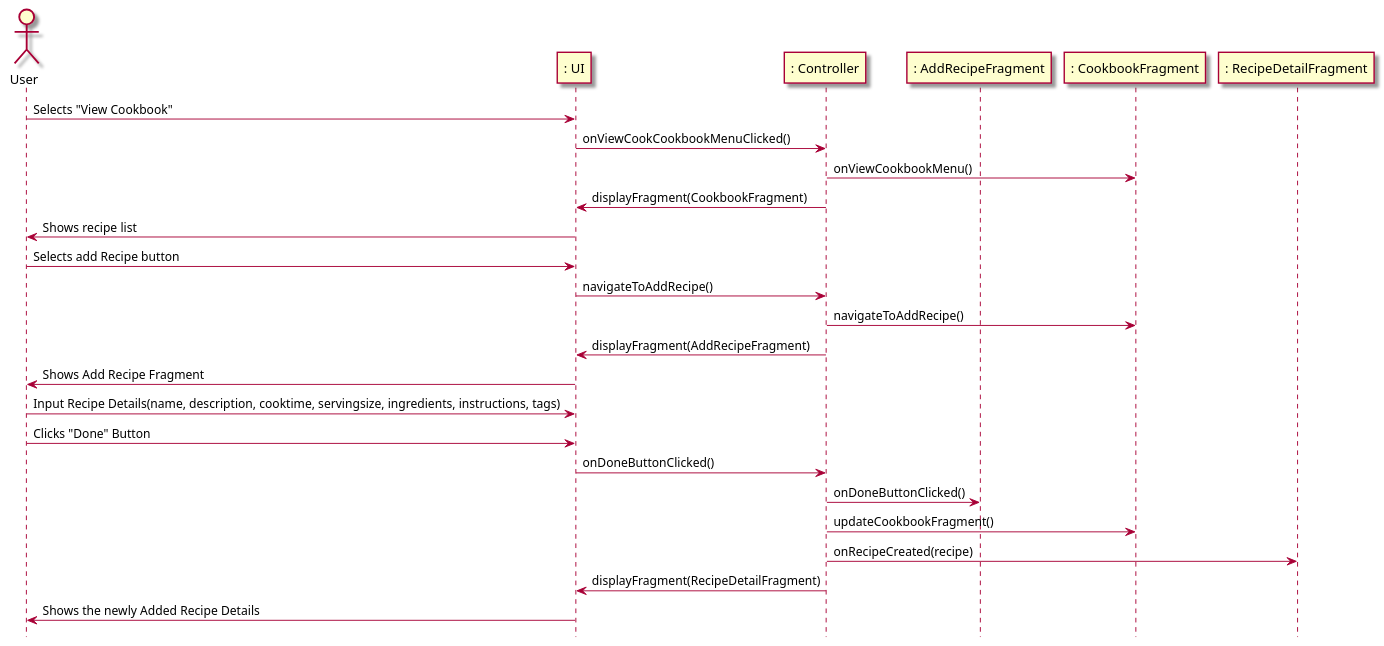
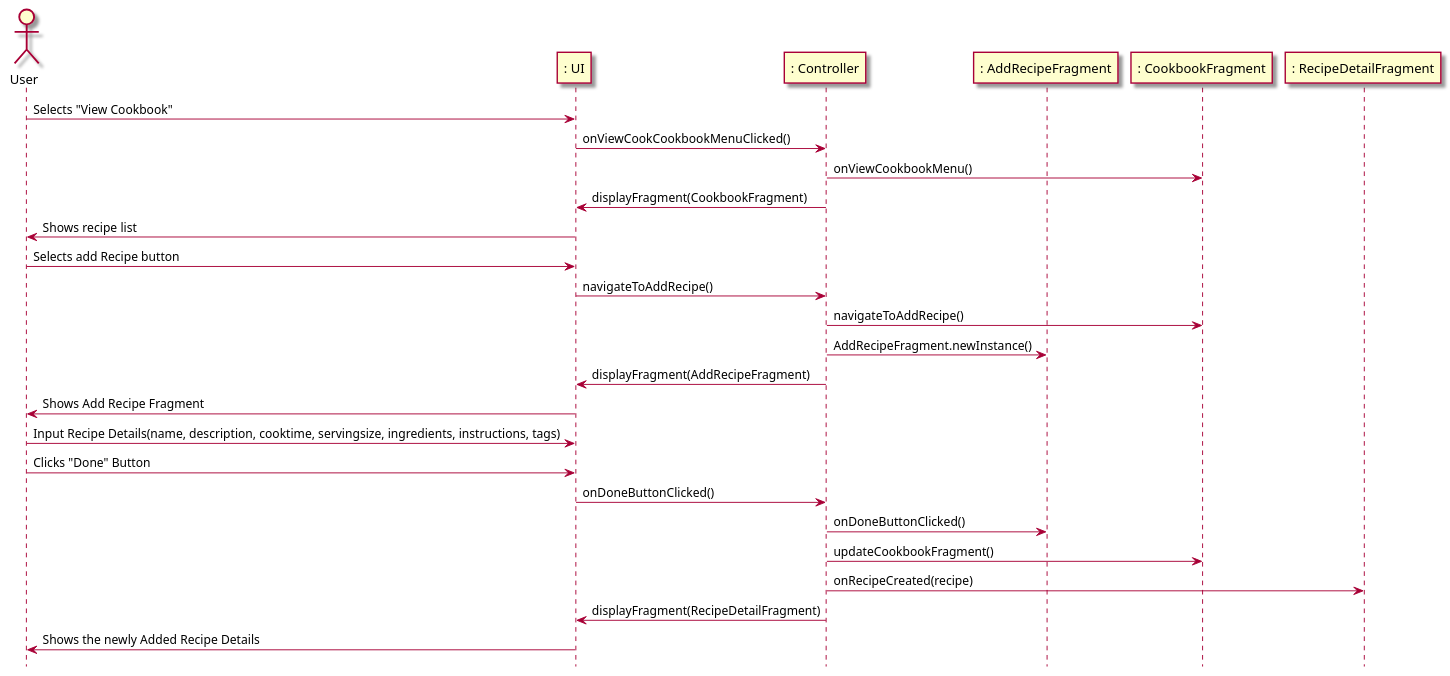
The second of 2 diagrams in intellij/doc/use-cases/upload_personal_recipe.md (berthashipper/Pantry-Pal-Android-Application), drawn with PlantUML before and after one commit. The commit also changed 2 other files, not shown here.

Commit message:
updated upload_personal_recipe.md, delete unused save_recipe.md, working on manage_recipes.md

````diff
--- a/intellij/doc/use-cases/upload_personal_recipe.md
+++ b/intellij/doc/use-cases/upload_personal_recipe.md
@@ -72,36 +72,37 @@
 ```plantuml
 @startuml
 skin rose
 
 hide footbox
 
 actor User as user
 participant ": UI" as ui
 participant ": Controller" as cont
 participant ": AddRecipeFragment" as arf
 participant ": CookbookFragment" as cf
 participant ": RecipeDetailFragment" as rdf
 
 user -> ui : Selects "View Cookbook"
 ui -> cont : onViewCookCookbookMenuClicked()
 cont -> cf: onViewCookbookMenu()
 cont -> ui: displayFragment(CookbookFragment)
 ui -> user: Shows recipe list
 
 user -> ui : Selects add Recipe button
 ui -> cont: navigateToAddRecipe()
 cont -> cf: navigateToAddRecipe()
+cont -> arf : AddRecipeFragment.newInstance()
 cont -> ui: displayFragment(AddRecipeFragment)
 ui -> user: Shows Add Recipe Fragment
 
 user -> ui : Input Recipe Details(name, description, cooktime, servingsize, ingredients, instructions, tags)
 user -> ui : Clicks "Done" Button
 ui -> cont : onDoneButtonClicked()
 cont -> arf : onDoneButtonClicked()
 cont -> cf: updateCookbookFragment()
 cont -> rdf: onRecipeCreated(recipe)
 cont -> ui : displayFragment(RecipeDetailFragment)
 ui -> user: Shows the newly Added Recipe Details
 
 @enduml
 ```
````
